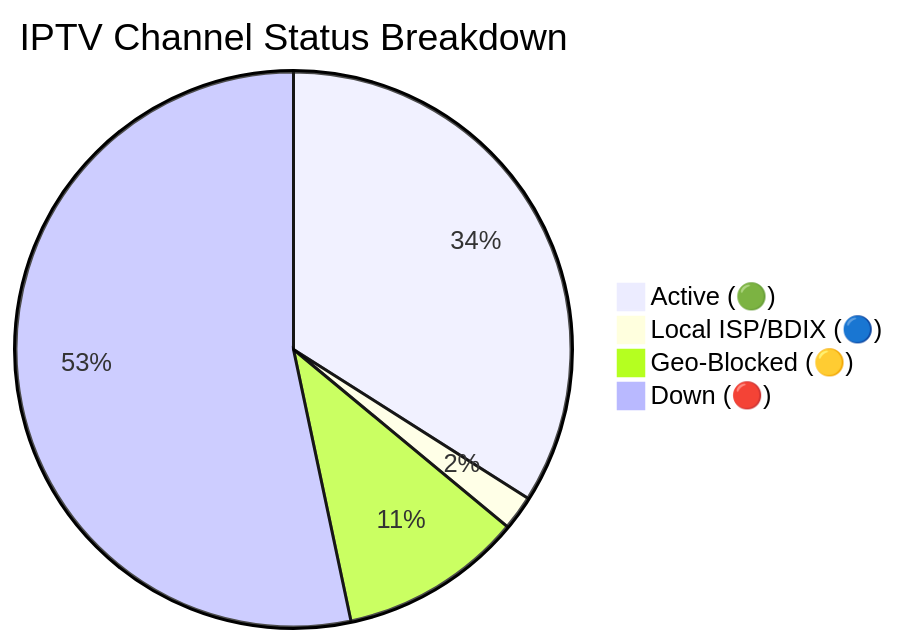
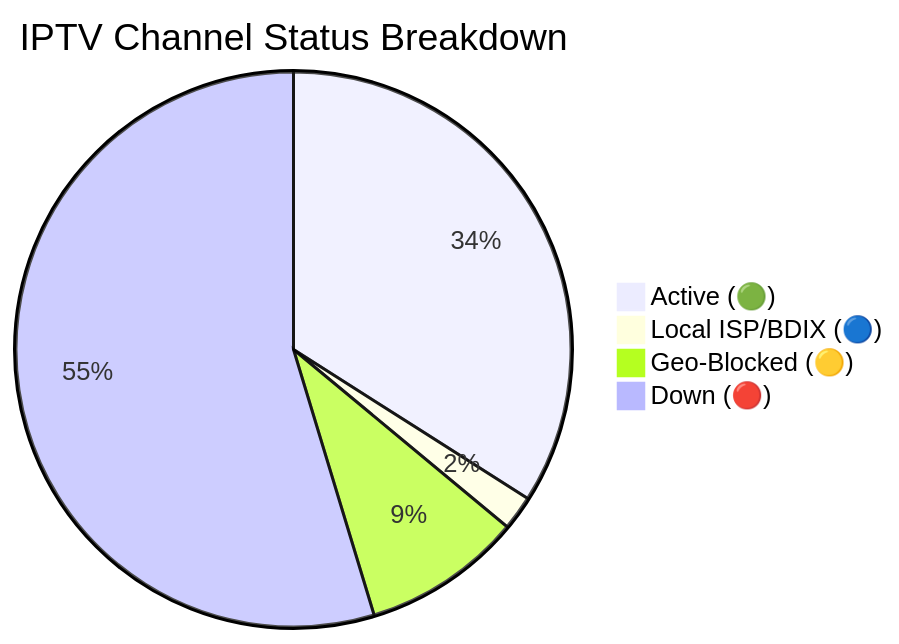
Before and after one commit to andreataylord/Ip-tv-Collection: the diagram in README.md, drawn with Mermaid. The commit also changed other lines of this file and 2 other files, not shown here.

````diff
--- a/README.md
+++ b/README.md
@@ -59,7 +59,7 @@
 ```mermaid
 pie title IPTV Channel Status Breakdown
-    "Active (🟢)" : 2161
+    "Active (🟢)" : 2165
     "Local ISP/BDIX (🔵)" : 128
-    "Geo-Blocked (🟡)" : 678
-    "Down (🔴)" : 3389
+    "Geo-Blocked (🟡)" : 591
+    "Down (🔴)" : 3481
 ```
````
